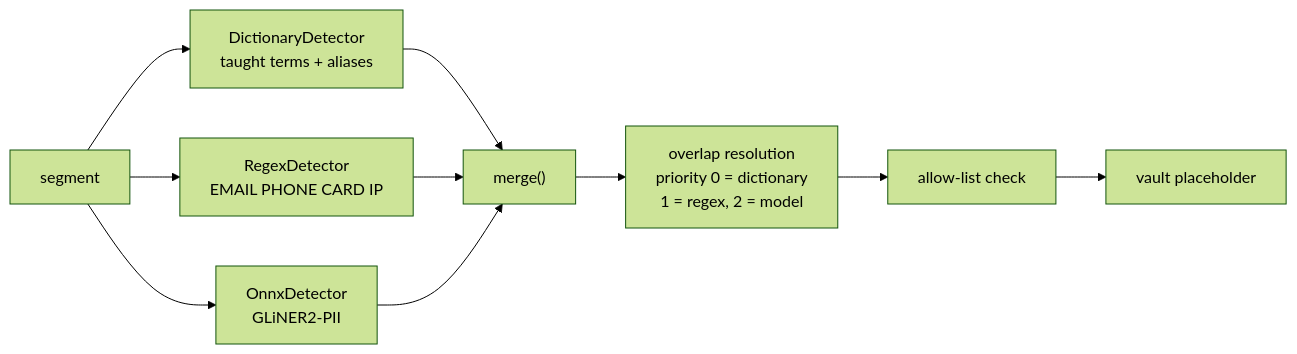
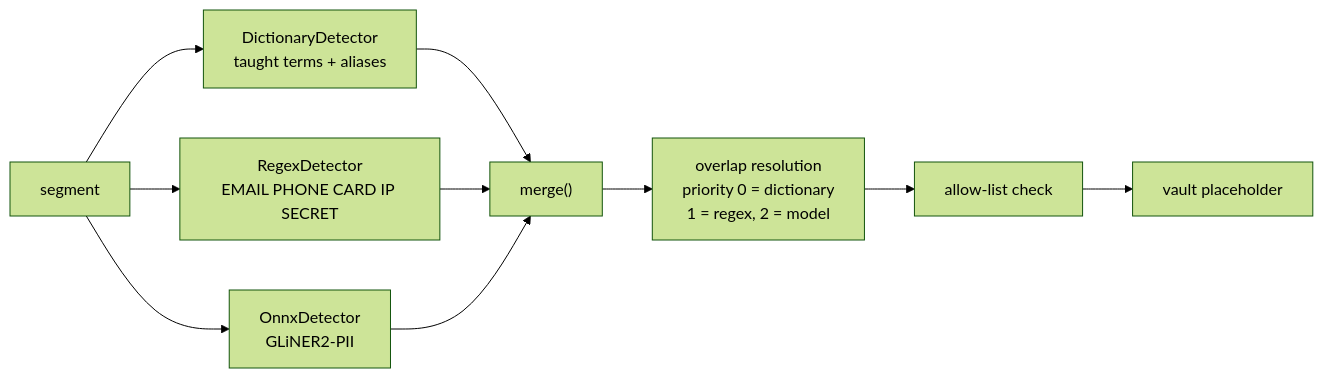
One commit to cloudsbird/Portcullis changed the third of 5 diagrams in docs/ARCHITECTURE.md. Above: the diagram before and after it, drawn with Mermaid (forest theme). The commit also changed other lines of this file and 4 other files, not shown here.

````diff
--- a/docs/ARCHITECTURE.md
+++ b/docs/ARCHITECTURE.md
@@ -83,12 +83,12 @@
 ```mermaid
 flowchart LR
     S["segment"] --> D1["DictionaryDetector<br/>taught terms + aliases"]
-    S --> D2["RegexDetector<br/>EMAIL PHONE CARD IP"]
+    S --> D2["RegexDetector<br/>EMAIL PHONE CARD IP SECRET"]
     S --> D3["OnnxDetector<br/>GLiNER2-PII"]
     D1 --> M["merge()"]
     D2 --> M
     D3 --> M
     M --> R["overlap resolution<br/>priority 0 = dictionary<br/>1 = regex, 2 = model"]
     R --> A["allow-list check"]
     A --> P["vault placeholder"]
 ```
````
